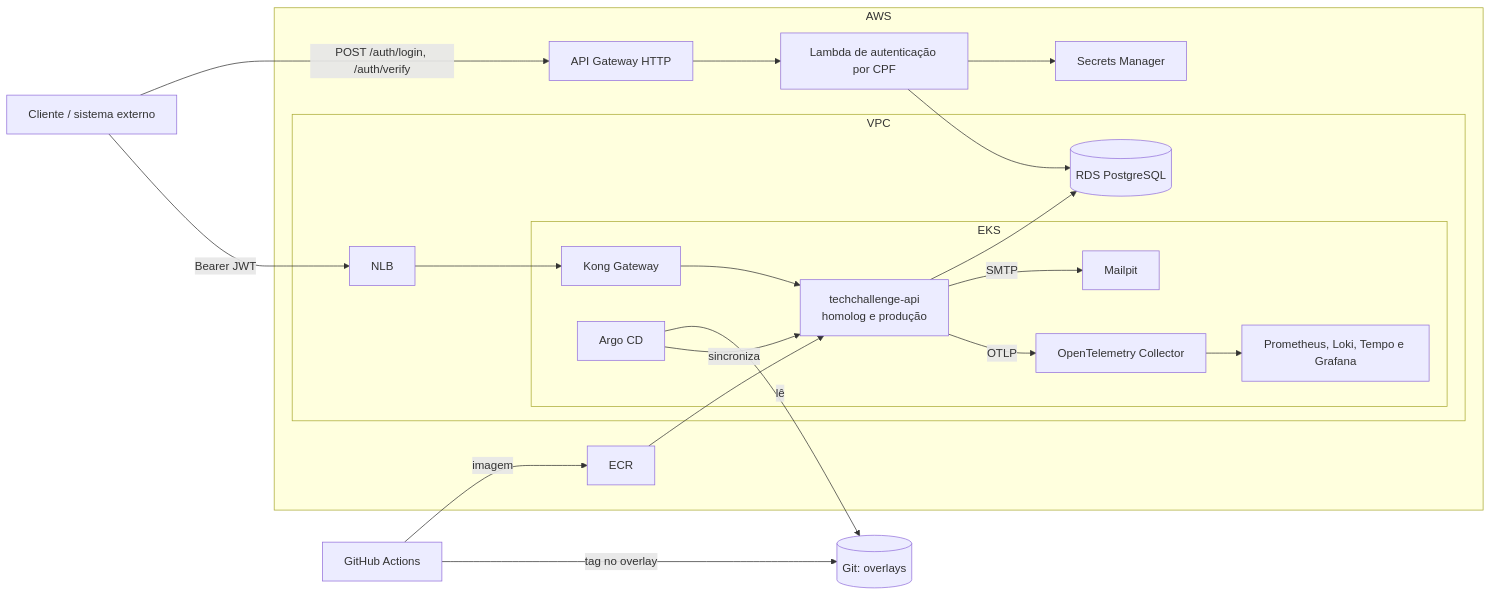
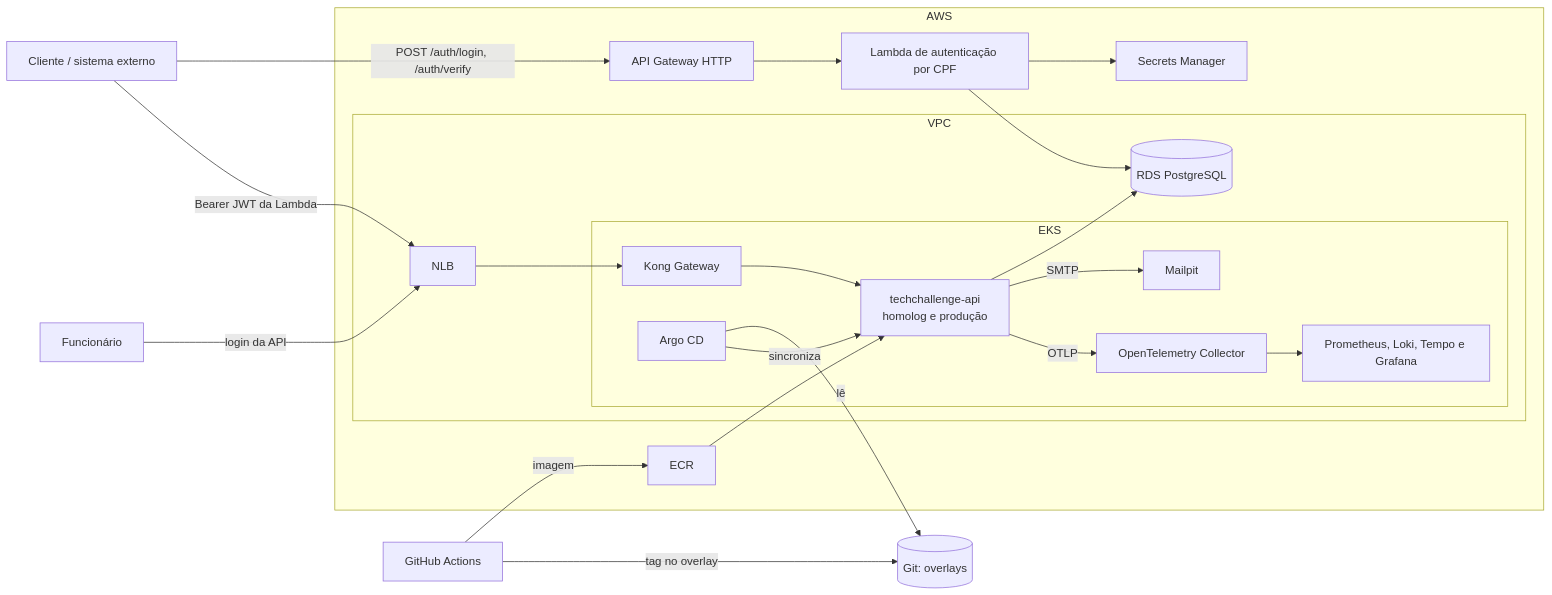
Before and after one commit to tech-challenge-SOAT16/tech-challenge-application: the first of 2 diagrams in README.md, drawn with Mermaid. The commit also changed other lines of this file and 4 other files, not shown here.

````diff
--- a/README.md
+++ b/README.md
@@ -62,36 +63,37 @@
 ```mermaid
 flowchart LR
     Cliente[Cliente / sistema externo]
     subgraph AWS
         APIGW[API Gateway HTTP]
         Lambda[Lambda de autenticação por CPF]
         subgraph VPC
             NLB[NLB]
             subgraph EKS[EKS]
                 Kong[Kong Gateway]
                 API[techchallenge-api<br/>homolog e produção]
                 Argo[Argo CD]
                 OTel[OpenTelemetry Collector]
                 Obs[Prometheus, Loki, Tempo e Grafana]
                 Mailpit[Mailpit]
             end
             RDS[(RDS PostgreSQL)]
         end
         ECR[ECR]
         SM[Secrets Manager]
     end
     GH[GitHub Actions]
 
     Cliente -->|POST /auth/login, /auth/verify| APIGW --> Lambda
     Lambda --> RDS
     Lambda --> SM
-    Cliente -->|Bearer JWT| NLB --> Kong --> API
+    Cliente -->|Bearer JWT da Lambda| NLB --> Kong --> API
+    Funcionario[Funcionário] -->|login da API| NLB
     API --> RDS
     API -->|SMTP| Mailpit
     API -->|OTLP| OTel --> Obs
     GH -->|imagem| ECR
     GH -->|tag no overlay| Repo[(Git: overlays)]
     Argo -->|lê| Repo
     Argo -->|sincroniza| API
     ECR --> API
 ```
````
